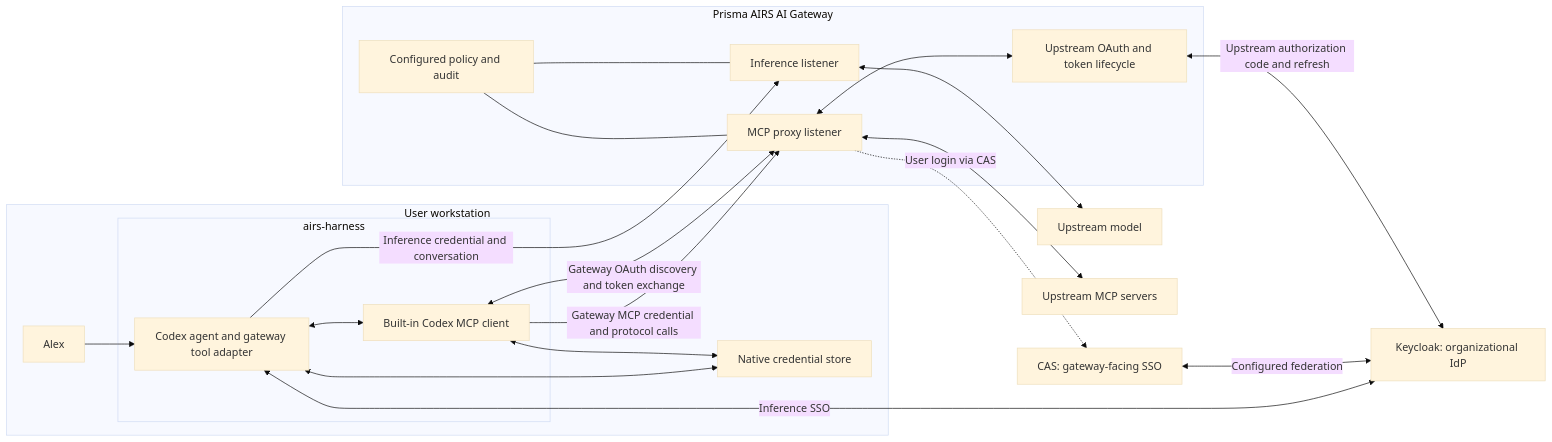
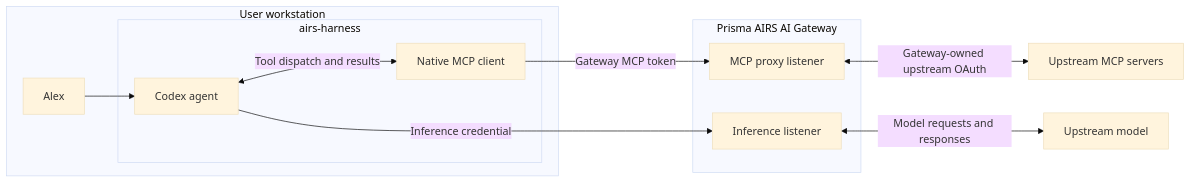
One commit to cdot65/prisma-airs-reference-architecture changed the first of 2 diagrams in docs/architecture.md. Above: the diagram before and after it, drawn with Mermaid (base theme). The commit also changed 1 other file, not shown here.

Commit message:
Make the two gateway routes readable in the architecture overview

````diff
--- a/docs/architecture.md
+++ b/docs/architecture.md
@@ -13,39 +13,24 @@
 ```mermaid
 flowchart LR
-    accTitle: Required gateway-mediated inference and MCP architecture
-    accDescr: The harness contains the agent and built-in MCP client. Both connect to AI Gateway. The gateway routes inference to models and MCP to upstream servers. CAS and Keycloak support gateway-facing login; upstream OAuth credentials remain with the gateway.
-    subgraph local ["User workstation"]
+    accTitle: Inference and MCP both traverse AI Gateway
+    accDescr: Inside airs-harness, the agent sends inference to the gateway inference listener and the native MCP client sends tool calls to the gateway MCP proxy. Only the gateway connects to upstream models and MCP servers. The gateway owns upstream MCP OAuth.
+    subgraph workstation ["User workstation"]
         user["Alex"]
-        subgraph executable ["airs-harness"]
-            agent["Codex agent and gateway tool adapter"]
-            client["Built-in Codex MCP client"]
+        subgraph harness ["airs-harness"]
+            agent["Codex agent"]
+            client["Native MCP client"]
         end
-        store["Native credential store"]
+        user --> agent
+        agent <-->|"Tool dispatch and results"| client
     end
-    subgraph gw ["Prisma AIRS AI Gateway"]
+    subgraph gateway ["Prisma AIRS AI Gateway"]
         inference["Inference listener"]
         mcp["MCP proxy listener"]
-        upstreamAuth["Upstream OAuth and token lifecycle"]
-        policy["Configured policy and audit"]
     end
-    keycloak["Keycloak: organizational IdP"]
-    cas["CAS: gateway-facing SSO"]
     model["Upstream model"]
     upstream["Upstream MCP servers"]
-    user --> agent
-    agent <--> client
-    agent -->|"Inference credential and conversation"| inference
-    client -->|"Gateway MCP credential and protocol calls"| mcp
-    agent <-->|"Inference SSO"| keycloak
-    client <-->|"Gateway OAuth discovery and token exchange"| mcp
-    mcp -.->|"User login via CAS"| cas
-    cas <-->|"Configured federation"| keycloak
-    agent <--> store
-    client <--> store
-    inference <--> model
-    mcp <--> upstream
-    mcp <--> upstreamAuth
-    upstreamAuth <-->|"Upstream authorization code and refresh"| keycloak
-    policy --- inference
-    policy --- mcp
+    agent -->|"Inference credential"| inference
+    client -->|"Gateway MCP token"| mcp
+    inference <-->|"Model requests and responses"| model
+    mcp <-->|"Gateway-owned upstream OAuth"| upstream
 ```
````
